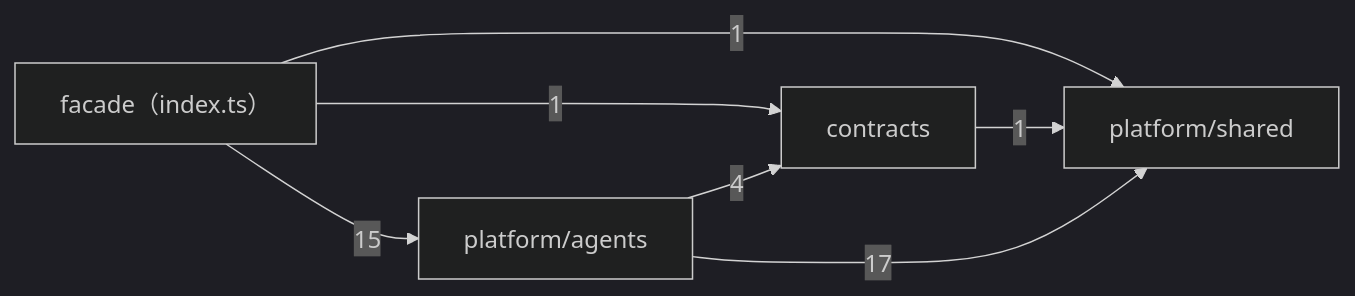
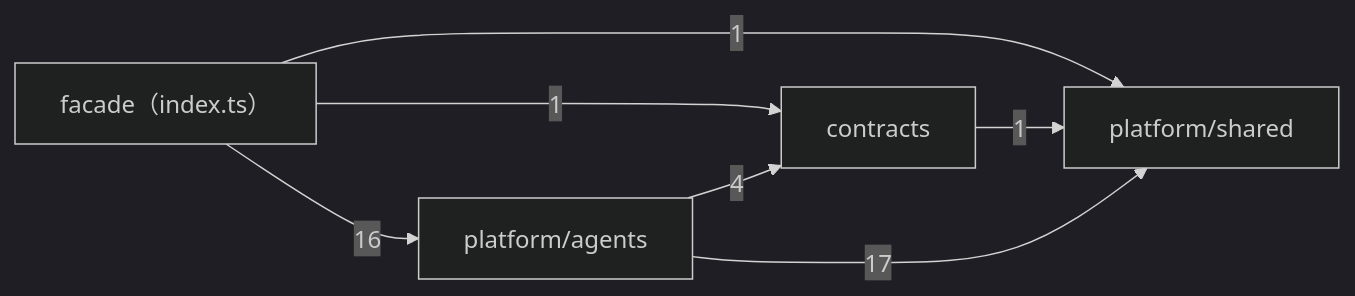
One commit to juli-os/agents changed the diagram in docs/gen/architecture.md. Above: the diagram before and after it, drawn with Mermaid (dark theme). The commit also changed 15 other files, not shown here.

````diff
--- a/docs/gen/architecture.md
+++ b/docs/gen/architecture.md
@@ -8,13 +8,13 @@
 ```mermaid
 flowchart LR
   n0["facade（index.ts）"]
   n1["contracts"]
   n2["platform/agents"]
   n3["platform/shared"]
   n0 -->|1| n1
-  n0 -->|15| n2
+  n0 -->|16| n2
   n0 -->|1| n3
   n1 -->|1| n3
   n2 -->|4| n1
   n2 -->|17| n3
 ```
````
